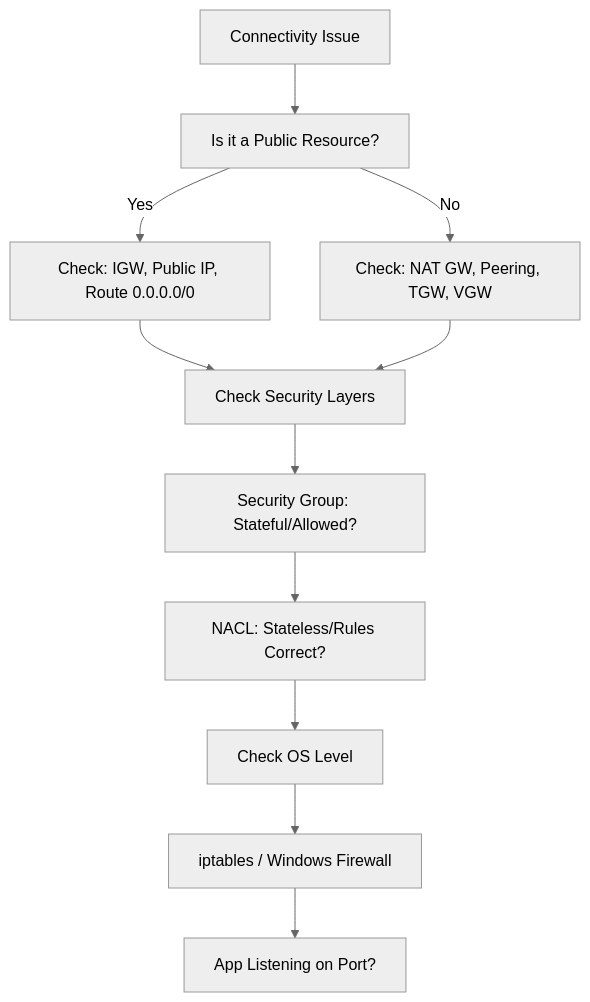
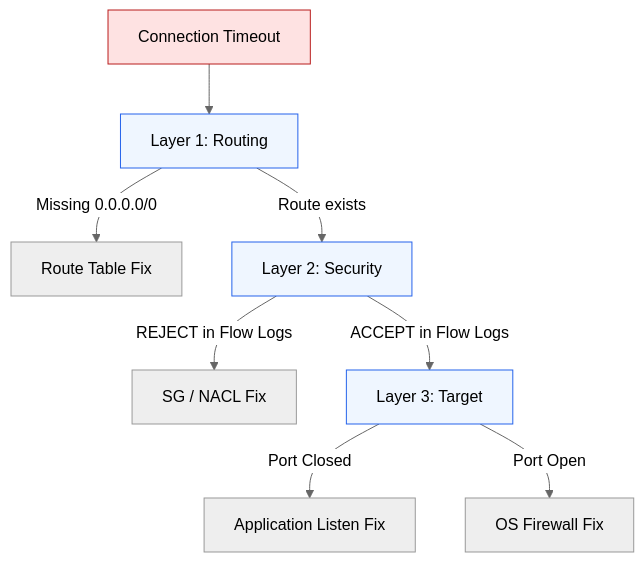
The diagram in 2-Intermediate/01-Phase-1/01-Networking/10-Monitoring-and-Troubleshooting/04-Common-Troubleshooting-Scenarios/README.md (Ganil151/Devops), drawn with Mermaid (neutral theme) before and after one commit. The commit also changed other lines of this file and 51 other files, not shown here.

````diff
--- a/2-Intermediate/01-Phase-1/01-Networking/10-Monitoring-and-Troubleshooting/04-Common-Troubleshooting-Scenarios/README.md
+++ b/2-Intermediate/01-Phase-1/01-Networking/10-Monitoring-and-Troubleshooting/04-Common-Troubleshooting-Scenarios/README.md
@@ -9,16 +5,17 @@
 ```mermaid
 graph TD
-    Start[Connectivity Issue] --> Public[Is it a Public Resource?]
-    Public -->|Yes| IGW[Check: IGW, Public IP, Route 0.0.0.0/0]
-    Public -->|No| Private[Check: NAT GW, Peering, TGW, VGW]
+    Problem[Connection Timeout] --> Layer1[Layer 1: Routing]
+    Layer1 -->|Missing 0.0.0.0/0| RT[Route Table Fix]
+    Layer1 -->|Route exists| Layer2[Layer 2: Security]
+    
+    Layer2 -->|REJECT in Flow Logs| SG_NACL[SG / NACL Fix]
+    Layer2 -->|ACCEPT in Flow Logs| Layer3[Layer 3: Target]
+    
+    Layer3 -->|Port Closed| App[Application Listen Fix]
+    Layer3 -->|Port Open| OS[OS Firewall Fix]
 
-IGW --> Security[Check Security Layers]
-    Private --> Security
-
-Security --> SG[Security Group: Stateful/Allowed?]
-    SG --> NACL[NACL: Stateless/Rules Correct?]
-
-NACL --> OS[Check OS Level]
-    OS --> Firewall[iptables / Windows Firewall]
-    Firewall --> App[App Listening on Port?]
+    style Problem fill:#fee2e2,stroke:#b91c1c
+    style Layer1 fill:#eff6ff,stroke:#2563eb
+    style Layer2 fill:#eff6ff,stroke:#2563eb
+    style Layer3 fill:#eff6ff,stroke:#2563eb
 ```
````
